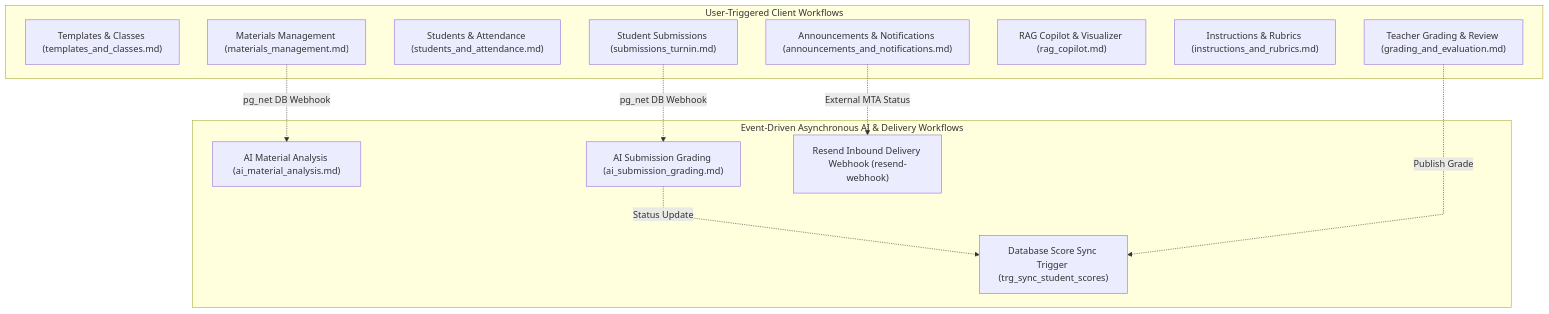
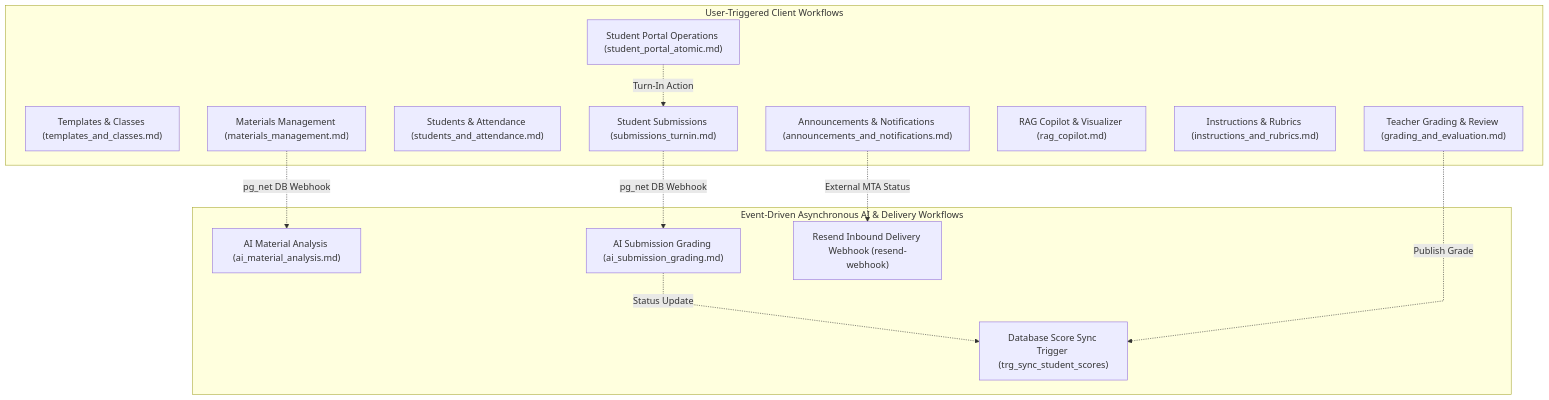
One commit to VictorBravo9er/Teacher-Assistant-Workspace changed the diagram in systems/workflows-atomic/README.md. Above: the diagram before and after it, drawn with Mermaid. The commit also changed other lines of this file and 8 other files, not shown here.

````diff
--- a/systems/workflows-atomic/README.md
+++ b/systems/workflows-atomic/README.md
@@ -14,27 +14,29 @@
 ```mermaid
 %%{init: {'flowchart': {'curve': 'linear'}}}%%
 flowchart TD
     subgraph UserTriggered["User-Triggered Client Workflows"]
         TC["Templates & Classes (templates_and_classes.md)"]
         MAT["Materials Management (materials_management.md)"]
         STU["Students & Attendance (students_and_attendance.md)"]
         SUB["Student Submissions (submissions_turnin.md)"]
         GRD["Teacher Grading & Review (grading_and_evaluation.md)"]
         COP["RAG Copilot & Visualizer (rag_copilot.md)"]
         INS["Instructions & Rubrics (instructions_and_rubrics.md)"]
         NOTIF["Announcements & Notifications (announcements_and_notifications.md)"]
+        SP["Student Portal Operations (student_portal_atomic.md)"]
     end
 
     subgraph SystemTriggered["Event-Driven Asynchronous AI & Delivery Workflows"]
         AIM["AI Material Analysis (ai_material_analysis.md)"]
         AIS["AI Submission Grading (ai_submission_grading.md)"]
         TRG["Database Score Sync Trigger (trg_sync_student_scores)"]
         WHK["Resend Inbound Delivery Webhook (resend-webhook)"]
     end
 
     MAT -.->|pg_net DB Webhook| AIM
     SUB -.->|pg_net DB Webhook| AIS
+    SP -.->|Turn-In Action| SUB
     AIS -.->|Status Update| TRG
     GRD -.->|Publish Grade| TRG
     NOTIF -.->|External MTA Status| WHK
 ```
````
